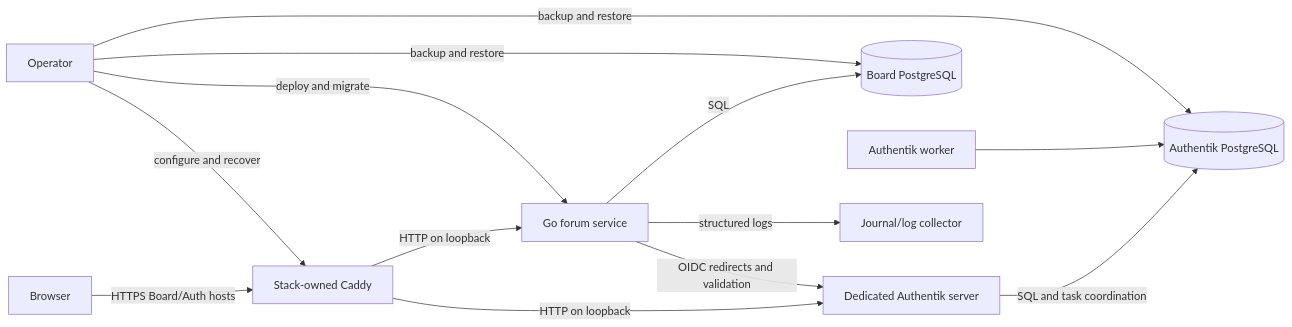
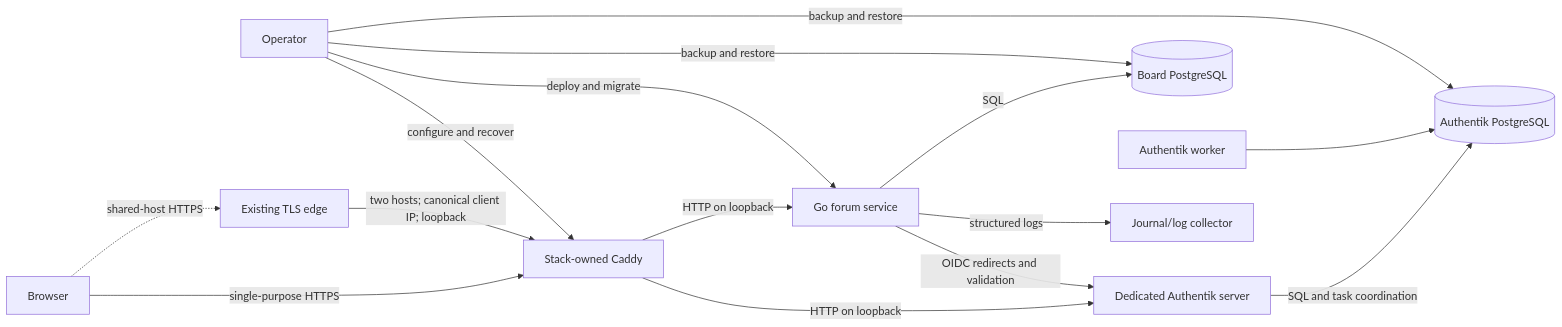
The diagram in docs/architecture.md (gotthboard/gotth-bb), drawn with Mermaid before and after one commit. The commit also changed other lines of this file and 12 other files, not shown here.

Commit message:
deploy: isolate Caddy on shared hosts

````diff
--- a/docs/architecture.md
+++ b/docs/architecture.md
@@ -36,15 +36,17 @@
 ```mermaid
 flowchart LR
-    B[Browser] -->|HTTPS Board/Auth hosts| C[Stack-owned Caddy]
+    B[Browser] -->|single-purpose HTTPS| C[Stack-owned Caddy]
+    B -. shared-host HTTPS .-> E[Existing TLS edge]
+    E -->|two hosts; canonical client IP; loopback| C
     C -->|HTTP on loopback| A[Go forum service]
     C -->|HTTP on loopback| I[Dedicated Authentik server]
     A -->|OIDC redirects and validation| I
     A -->|SQL| P[(Board PostgreSQL)]
     I -->|SQL and task coordination| IP[(Authentik PostgreSQL)]
     IW[Authentik worker] --> IP
     A -->|structured logs| L[Journal/log collector]
     H[Operator] -->|deploy and migrate| A
     H -->|configure and recover| C
     H -->|backup and restore| P
     H -->|backup and restore| IP
 ```
````
